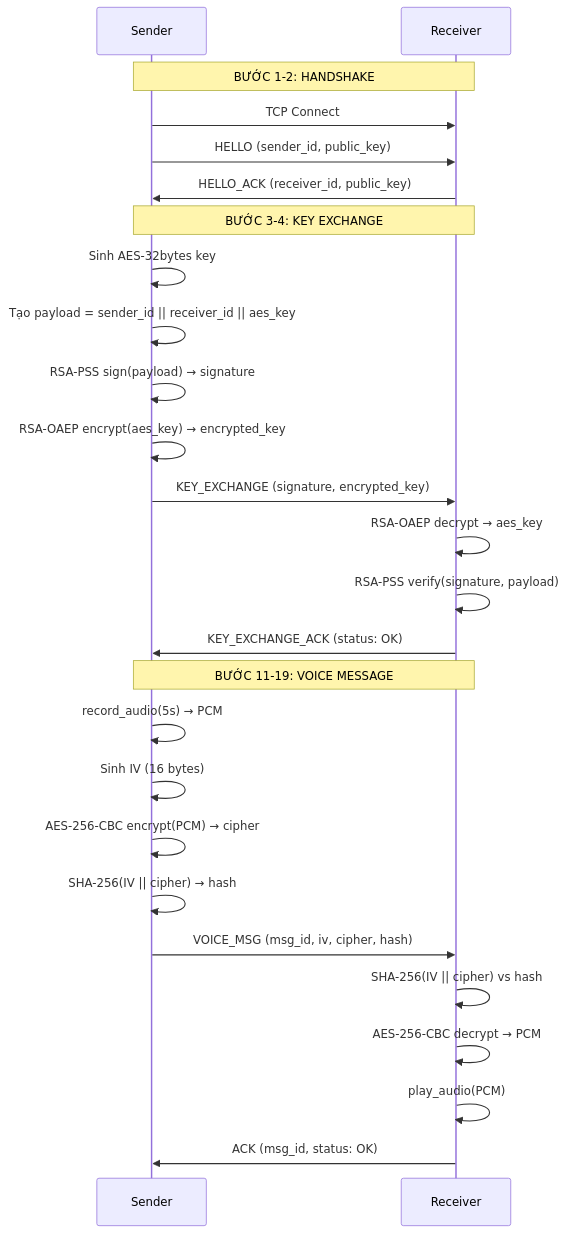
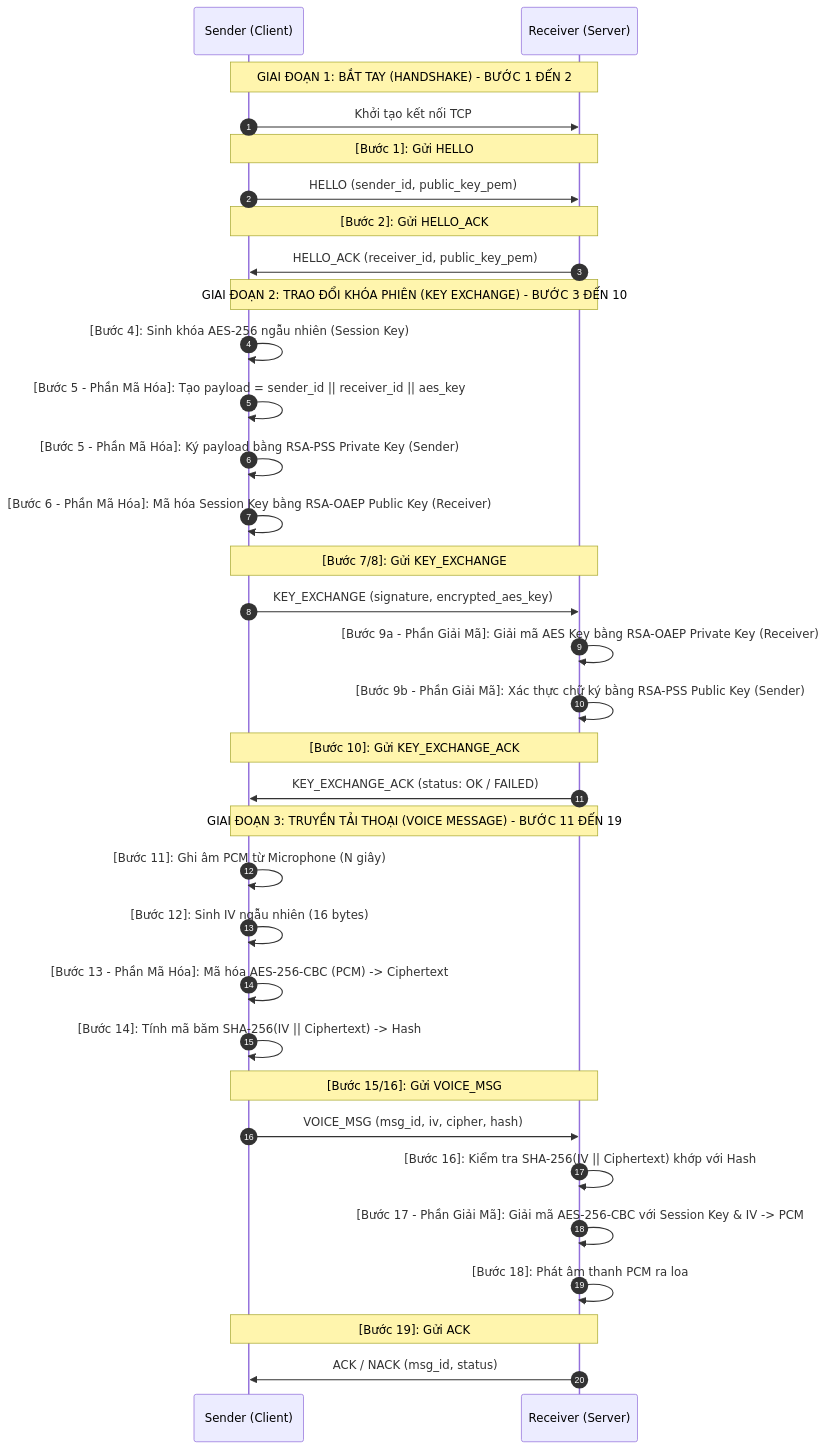
The diagram in README.md (quangkhanh2006/ATTT), drawn with Mermaid before and after one commit. The commit also changed other lines of this file and 5 other files, not shown here.

````diff
--- a/README.md
+++ b/README.md
@@ -157,31 +54,38 @@
 ```mermaid
 sequenceDiagram
-    participant S as Sender
-    participant R as Receiver
+    autonumber
+    participant S as Sender (Client)
+    participant R as Receiver (Server)
 
-    Note over S,R: BƯỚC 1-2: HANDSHAKE
-    S->>R: TCP Connect
-    S->>R: HELLO (sender_id, public_key)
-    R->>S: HELLO_ACK (receiver_id, public_key)
+    Note over S,R: GIAI ĐOẠN 1: BẮT TAY (HANDSHAKE) - BƯỚC 1 ĐẾN 2
+    S->>R: Khởi tạo kết nối TCP
+    Note over S,R: [Bước 1]: Gửi HELLO
+    S->>R: HELLO (sender_id, public_key_pem)
+    Note over S,R: [Bước 2]: Gửi HELLO_ACK
+    R->>S: HELLO_ACK (receiver_id, public_key_pem)
 
-    Note over S,R: BƯỚC 3-4: KEY EXCHANGE
-    S->>S: Sinh AES-32bytes key
-    S->>S: Tạo payload = sender_id || receiver_id || aes_key
-    S->>S: RSA-PSS sign(payload) → signature
-    S->>S: RSA-OAEP encrypt(aes_key) → encrypted_key
-    S->>R: KEY_EXCHANGE (signature, encrypted_key)
-    R->>R: RSA-OAEP decrypt → aes_key
-    R->>R: RSA-PSS verify(signature, payload)
-    R->>S: KEY_EXCHANGE_ACK (status: OK)
+    Note over S,R: GIAI ĐOẠN 2: TRAO ĐỔI KHÓA PHIÊN (KEY EXCHANGE) - BƯỚC 3 ĐẾN 10
+    S->>S: [Bước 4]: Sinh khóa AES-256 ngẫu nhiên (Session Key)
+    S->>S: [Bước 5 - Phần Mã Hóa]: Tạo payload = sender_id || receiver_id || aes_key
+    S->>S: [Bước 5 - Phần Mã Hóa]: Ký payload bằng RSA-PSS Private Key (Sender)
+    S->>S: [Bước 6 - Phần Mã Hóa]: Mã hóa Session Key bằng RSA-OAEP Public Key (Receiver)
+    Note over S,R: [Bước 7/8]: Gửi KEY_EXCHANGE
+    S->>R: KEY_EXCHANGE (signature, encrypted_aes_key)
+    R->>R: [Bước 9a - Phần Giải Mã]: Giải mã AES Key bằng RSA-OAEP Private Key (Receiver)
+    R->>R: [Bước 9b - Phần Giải Mã]: Xác thực chữ ký bằng RSA-PSS Public Key (Sender)
+    Note over S,R: [Bước 10]: Gửi KEY_EXCHANGE_ACK
+    R->>S: KEY_EXCHANGE_ACK (status: OK / FAILED)
 
-    Note over S,R: BƯỚC 11-19: VOICE MESSAGE
-    S->>S: record_audio(5s) → PCM
-    S->>S: Sinh IV (16 bytes)
-    S->>S: AES-256-CBC encrypt(PCM) → cipher
-    S->>S: SHA-256(IV || cipher) → hash
+    Note over S,R: GIAI ĐOẠN 3: TRUYỀN TẢI THOẠI (VOICE MESSAGE) - BƯỚC 11 ĐẾN 19
+    S->>S: [Bước 11]: Ghi âm PCM từ Microphone (N giây)
+    S->>S: [Bước 12]: Sinh IV ngẫu nhiên (16 bytes)
+    S->>S: [Bước 13 - Phần Mã Hóa]: Mã hóa AES-256-CBC (PCM) -> Ciphertext
+    S->>S: [Bước 14]: Tính mã băm SHA-256(IV || Ciphertext) -> Hash
+    Note over S,R: [Bước 15/16]: Gửi VOICE_MSG
     S->>R: VOICE_MSG (msg_id, iv, cipher, hash)
-    R->>R: SHA-256(IV || cipher) vs hash
-    R->>R: AES-256-CBC decrypt → PCM
-    R->>R: play_audio(PCM)
-    R->>S: ACK (msg_id, status: OK)
+    R->>R: [Bước 16]: Kiểm tra SHA-256(IV || Ciphertext) khớp với Hash
+    R->>R: [Bước 17 - Phần Giải Mã]: Giải mã AES-256-CBC với Session Key & IV -> PCM
+    R->>R: [Bước 18]: Phát âm thanh PCM ra loa
+    Note over S,R: [Bước 19]: Gửi ACK
+    R->>S: ACK / NACK (msg_id, status)
 ```
````
